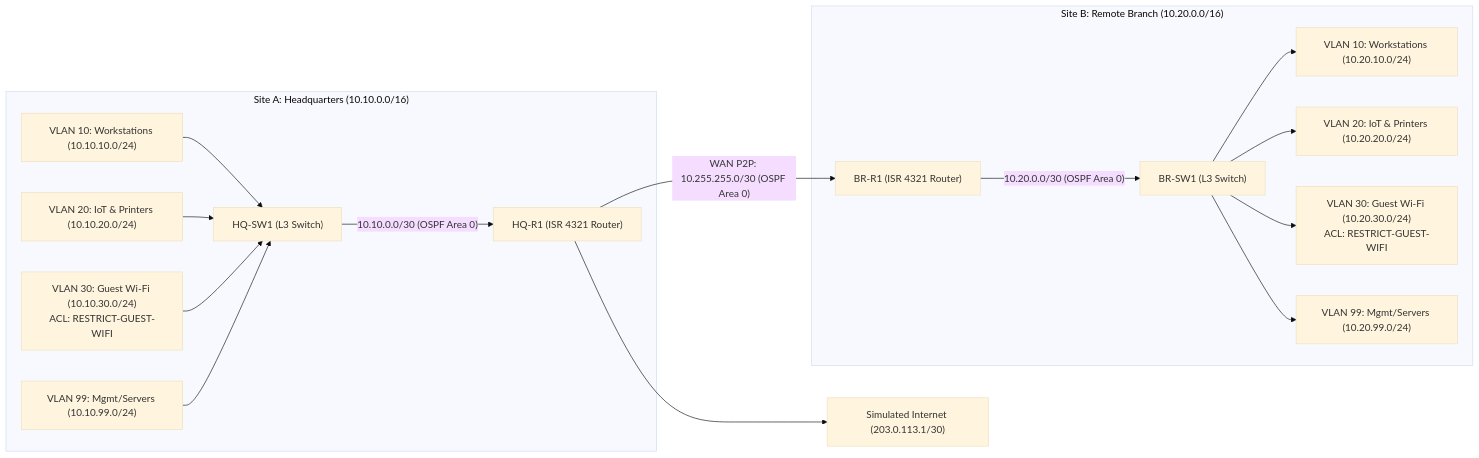
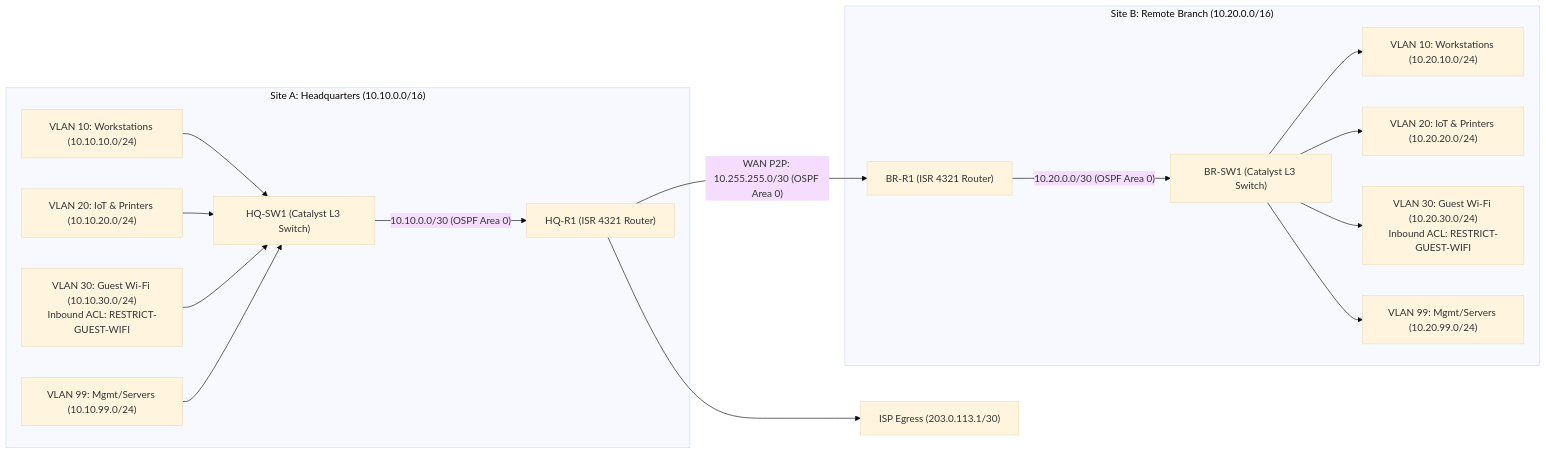
The diagram in 01-ccna-corporate-network/EXPLAIN-IT-SIMPLY.md (Phlotonic/home-lab-templates-portfolio), drawn with Mermaid (base theme) before and after one commit. The commit also changed other lines of this file and 9 other files, not shown here.

Commit message:
docs(architecture): polish repository to enterprise production standard

````diff
--- a/01-ccna-corporate-network/EXPLAIN-IT-SIMPLY.md
+++ b/01-ccna-corporate-network/EXPLAIN-IT-SIMPLY.md
@@ -10,21 +12,21 @@
 ```mermaid
 flowchart LR
     subgraph SiteA["Site A: Headquarters (10.10.0.0/16)"]
-        A_V10["VLAN 10: Workstations (10.10.10.0/24)"] --> HQ_SW1["HQ-SW1 (L3 Switch)"]
+        A_V10["VLAN 10: Workstations (10.10.10.0/24)"] --> HQ_SW1["HQ-SW1 (Catalyst L3 Switch)"]
         A_V20["VLAN 20: IoT & Printers (10.10.20.0/24)"] --> HQ_SW1
-        A_V30["VLAN 30: Guest Wi-Fi (10.10.30.0/24)<br/>ACL: RESTRICT-GUEST-WIFI"] --> HQ_SW1
+        A_V30["VLAN 30: Guest Wi-Fi (10.10.30.0/24)<br/>Inbound ACL: RESTRICT-GUEST-WIFI"] --> HQ_SW1
         A_V99["VLAN 99: Mgmt/Servers (10.10.99.0/24)"] --> HQ_SW1
         HQ_SW1 -- "10.10.0.0/30 (OSPF Area 0)" --> HQ_R1["HQ-R1 (ISR 4321 Router)"]
     end
 
     HQ_R1 -- "WAN P2P: 10.255.255.0/30 (OSPF Area 0)" --> BR_R1["BR-R1 (ISR 4321 Router)"]
-    HQ_R1 --> ISP["Simulated Internet (203.0.113.1/30)"]
+    HQ_R1 --> ISP["ISP Egress (203.0.113.1/30)"]
 
     subgraph SiteB["Site B: Remote Branch (10.20.0.0/16)"]
-        BR_R1 -- "10.20.0.0/30 (OSPF Area 0)" --> BR_SW1["BR-SW1 (L3 Switch)"]
+        BR_R1 -- "10.20.0.0/30 (OSPF Area 0)" --> BR_SW1["BR-SW1 (Catalyst L3 Switch)"]
         BR_SW1 --> B_V10["VLAN 10: Workstations (10.20.10.0/24)"]
         BR_SW1 --> B_V20["VLAN 20: IoT & Printers (10.20.20.0/24)"]
-        BR_SW1 --> B_V30["VLAN 30: Guest Wi-Fi (10.20.30.0/24)<br/>ACL: RESTRICT-GUEST-WIFI"]
+        BR_SW1 --> B_V30["VLAN 30: Guest Wi-Fi (10.20.30.0/24)<br/>Inbound ACL: RESTRICT-GUEST-WIFI"]
         BR_SW1 --> B_V99["VLAN 99: Mgmt/Servers (10.20.99.0/24)"]
     end
 ```
````
